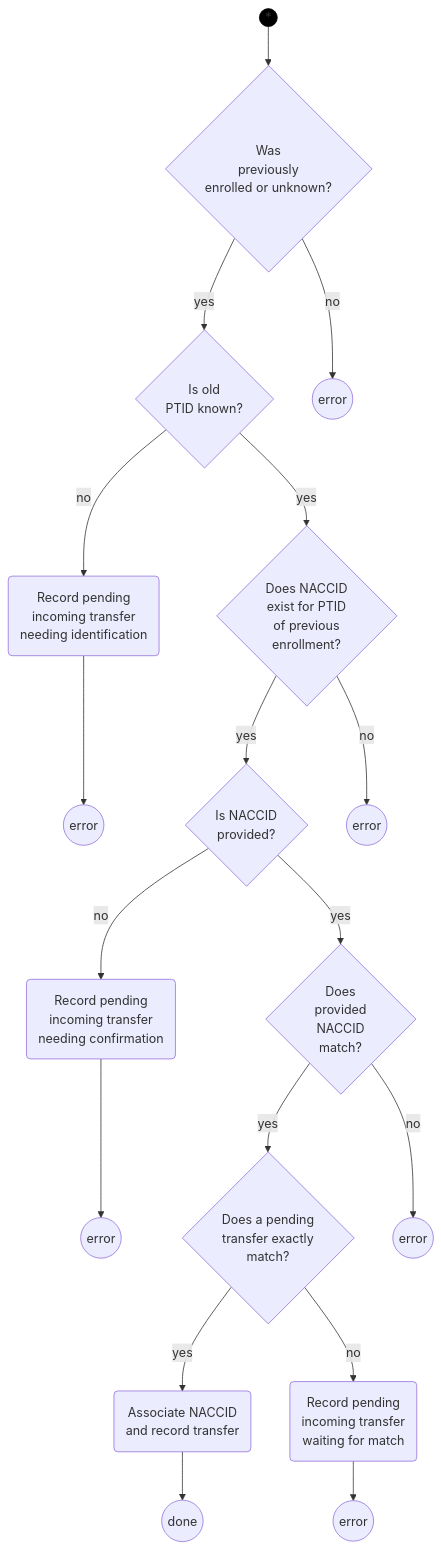
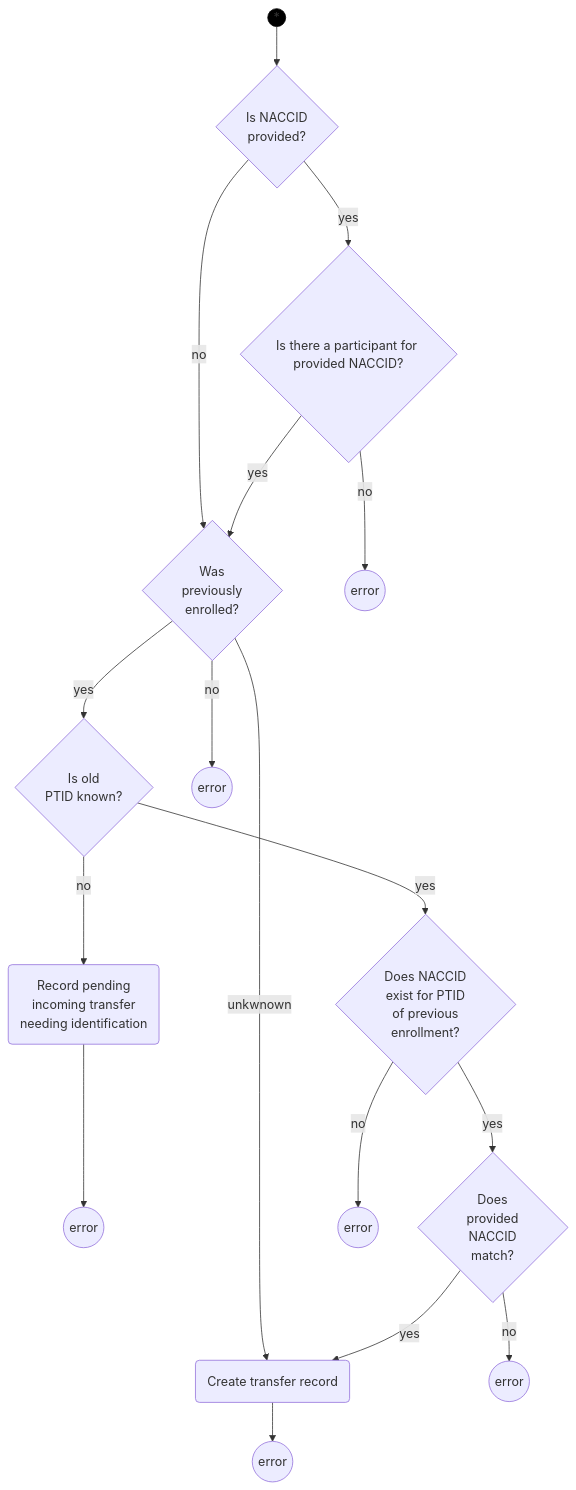
The fourth of 4 diagrams in docs/identifier_provisioning/index.md (naccdata/nacc-flywheel), drawn with Mermaid before and after one commit. The commit also changed other lines of this file, not shown here.

Commit message:
Update provisioning docs for transfer

````diff
--- a/docs/identifier_provisioning/index.md
+++ b/docs/identifier_provisioning/index.md
@@ -78,18 +78,20 @@
 ```mermaid
 graph TB
-    start((*)) --> prevenrolled{Was\n previously\n enrolled or unknown?}
+    start((*)) --> naccidprovided{Is NACCID\n provided?}
+    naccidprovided -- yes --> hasparticipant{Is there a participant for provided NACCID?}
+    naccidprovided -- no --> prevenrolled{Was\n previously\n enrolled?}
+    hasparticipant -- yes --> prevenrolled
+    hasparticipant -- no --> noparticipant((error))
+
     prevenrolled -- yes --> oldptidknown{Is old\n PTID known?}
     prevenrolled -- no --> whattransfer((error))
+    prevenrolled -- unkwnown --> recordtransfer(Create transfer record) --> pendingerror((error))
+
     oldptidknown -- yes --> naccidforoldptid{Does NACCID\n exist for PTID\n of previous\n enrollment?}
     oldptidknown -- no --> identifytransfer(Record pending\n incoming transfer\n needing identification) --> identifyerror((error))
-    naccidforoldptid -- yes --> naccidprovided{Is NACCID\n provided?}
+    naccidforoldptid -- yes --> existingnaccid{Does\n provided\n NACCID\n match?}
     naccidforoldptid -- no --> nonaccid((error))
-    naccidprovided -- yes --> existingnaccid{Does\n provided\n NACCID\n match?}
-    naccidprovided -- no --> recordpending1(Record pending\n incoming transfer\n needing confirmation) --> pendingerror2((error))
-
-    existingnaccid -- yes --> matchpendingtransfer{Does a pending\n transfer exactly\n match?}
+    existingnaccid -- yes --> recordtransfer
     existingnaccid -- no --> mismatch((error))
-    matchpendingtransfer -- yes --> recordtransfer(Associate NACCID\n and record transfer) --> stop((done))
-    matchpendingtransfer -- no --> recordpending(Record pending\n incoming transfer\n waiting for match) --> pendingerror((error))
 style start fill:#000, stroke:#000
 ```
````
